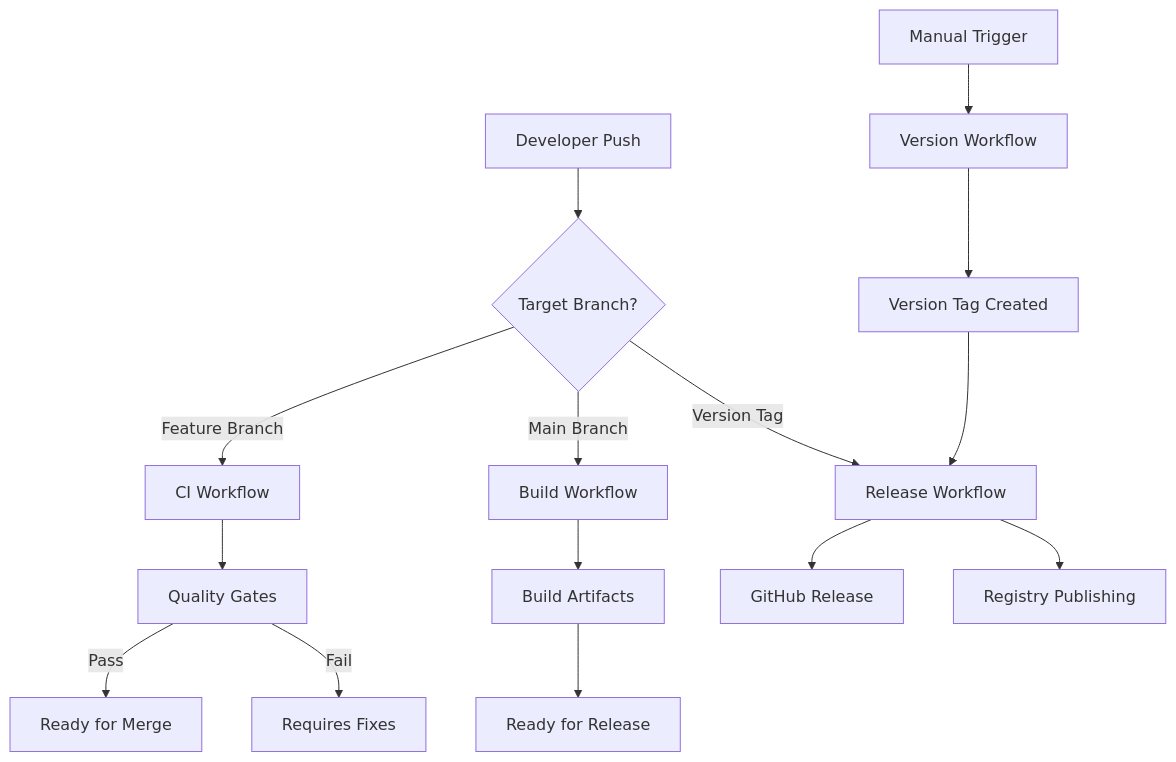
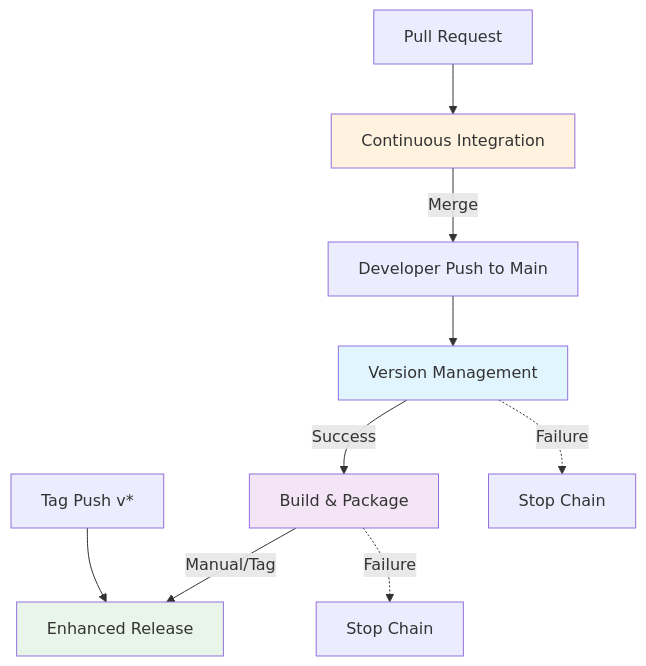
The diagram in docs/CICD.md (dpark2025/personal-pipeline), drawn with Mermaid before and after one commit. The commit also changed other lines of this file and 3 other files, not shown here.

````diff
--- a/docs/CICD.md
+++ b/docs/CICD.md
@@ -45,21 +46,19 @@
 ```mermaid
 graph TD
-    A[Developer Push] --> B{Target Branch?}
-    B -->|Feature Branch| C[CI Workflow]
-    B -->|Main Branch| D[Build Workflow]
-    B -->|Version Tag| E[Release Workflow]
+    A[Developer Push to Main] --> B[Version Management]
+    B -->|Success| C[Build & Package]
+    C -->|Manual/Tag| D[Enhanced Release]
     
-    F[Manual Trigger] --> G[Version Workflow]
-    G --> H[Version Tag Created]
-    H --> E
+    E[Pull Request] --> F[Continuous Integration]
+    F -->|Merge| A
     
-    C --> I[Quality Gates]
-    I -->|Pass| J[Ready for Merge]
-    I -->|Fail| K[Requires Fixes]
+    G[Tag Push v*] --> D
     
-    D --> L[Build Artifacts]
-    L --> M[Ready for Release]
+    B -.->|Failure| H[Stop Chain]
+    C -.->|Failure| I[Stop Chain]
     
-    E --> N[GitHub Release]
-    E --> O[Registry Publishing]
+    style B fill:#e1f5fe
+    style C fill:#f3e5f5
+    style D fill:#e8f5e8
+    style F fill:#fff3e0
 ```
````
